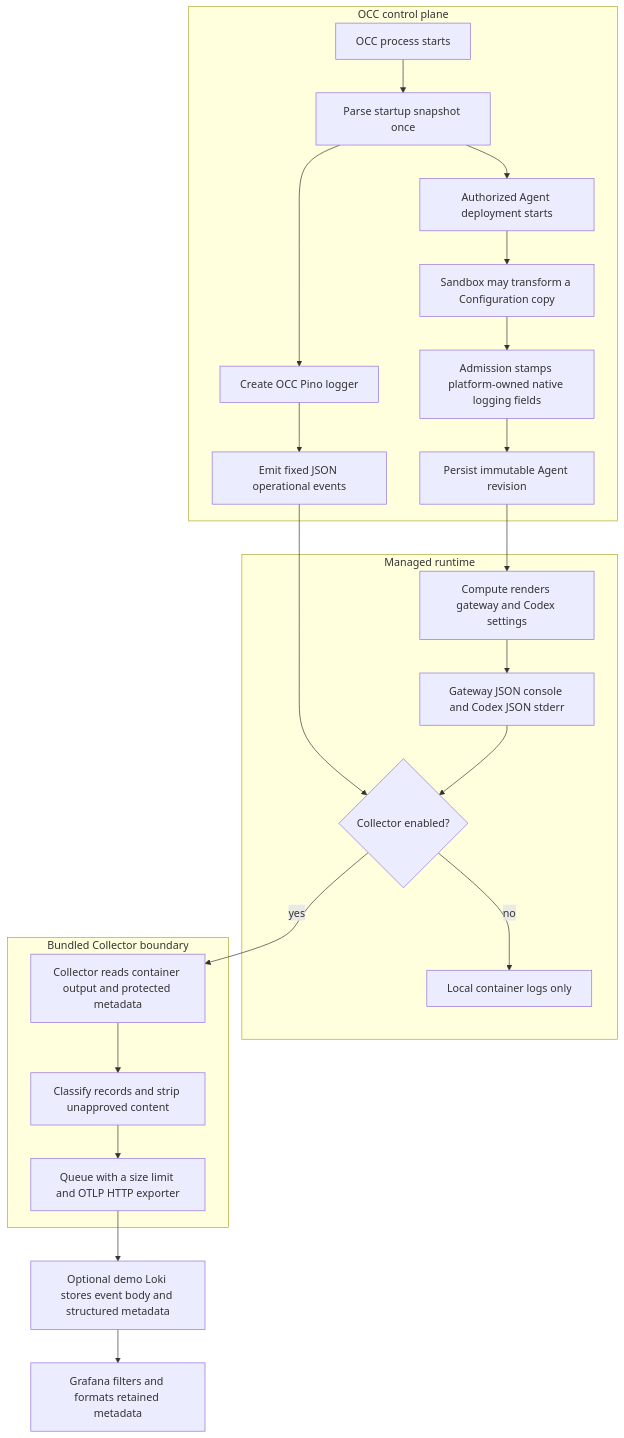
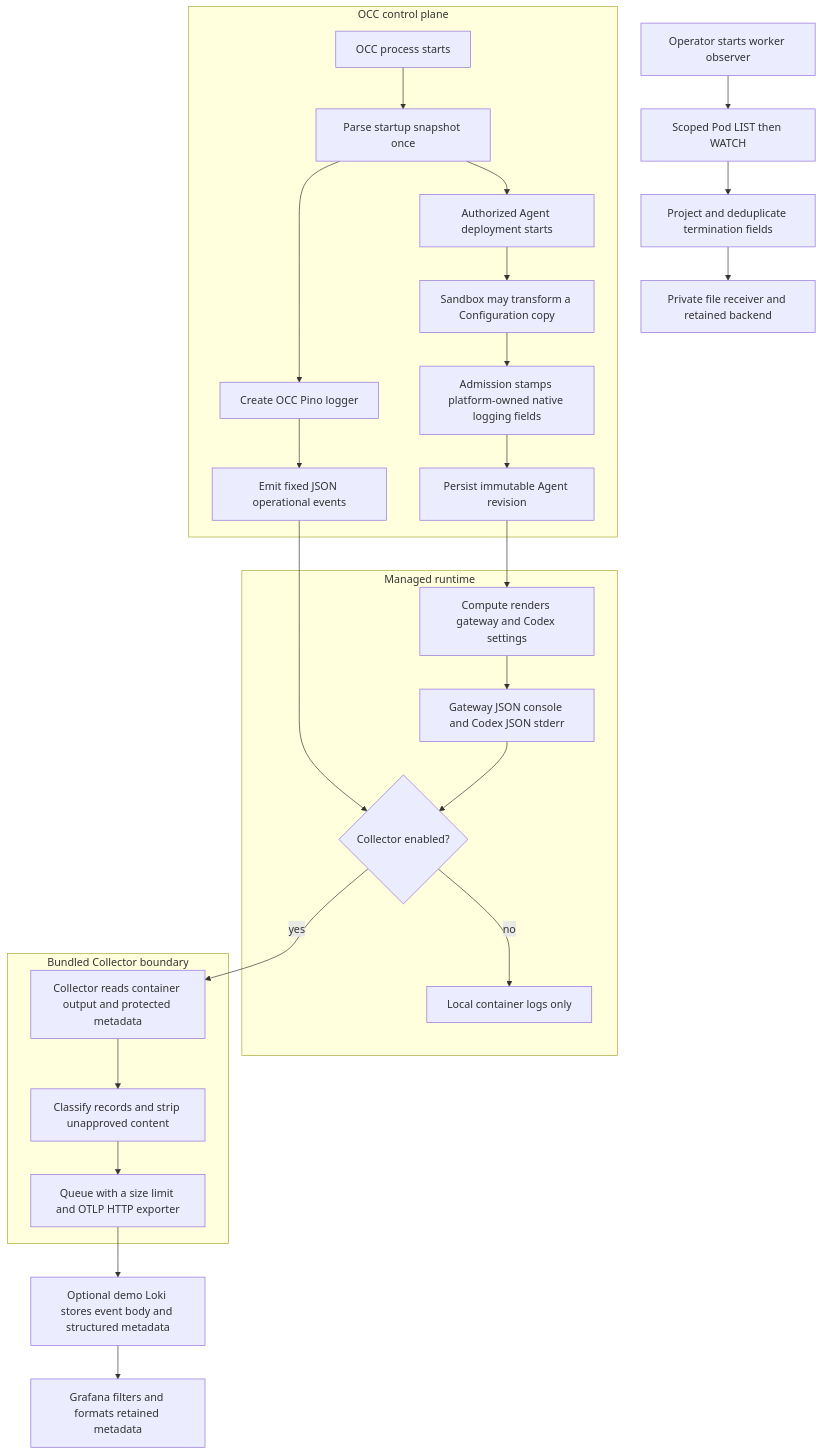
One commit to openclaw/openclaw-enterprise changed the diagram in docs/flows/common-logging.md. Above: the diagram before and after it, drawn with Mermaid. The commit also changed other lines of this file and 9 other files, not shown here.

Commit message:
Retain worker termination evidence across observed Kubernetes restarts

````diff
--- a/docs/flows/common-logging.md
+++ b/docs/flows/common-logging.md
@@ -29,28 +29,31 @@
 ```mermaid
 graph TD
   subgraph OCC["OCC control plane"]
     A["OCC process starts"] --> B["Parse startup snapshot once"]
     B --> C["Create OCC Pino logger"]
     C --> D["Emit fixed JSON operational events"]
     B --> E["Authorized Agent deployment starts"]
     E --> F["Sandbox may transform a Configuration copy"]
     F --> G["Admission stamps platform-owned native logging fields"]
     G --> H["Persist immutable Agent revision"]
   end
 
   subgraph Runtime["Managed runtime"]
     H --> I["Compute renders gateway and Codex settings"]
     I --> J["Gateway JSON console and Codex JSON stderr"]
     K -->|"no"| L["Local container logs only"]
   end
 
   subgraph Collector["Bundled Collector boundary"]
     D --> K{"Collector enabled?"}
     J --> K
     K -->|"yes"| M["Collector reads container output and protected metadata"]
     M --> N["Classify records and strip unapproved content"]
     N --> O["Queue with a size limit and OTLP HTTP exporter"]
   end
+  R["Operator starts worker observer"] --> S["Scoped Pod LIST then WATCH"]
+  S --> T["Project and deduplicate termination fields"]
+  T --> U["Private file receiver and retained backend"]
   O --> P["Optional demo Loki stores event body and structured metadata"]
   P --> Q["Grafana filters and formats retained metadata"]
 ```
````
